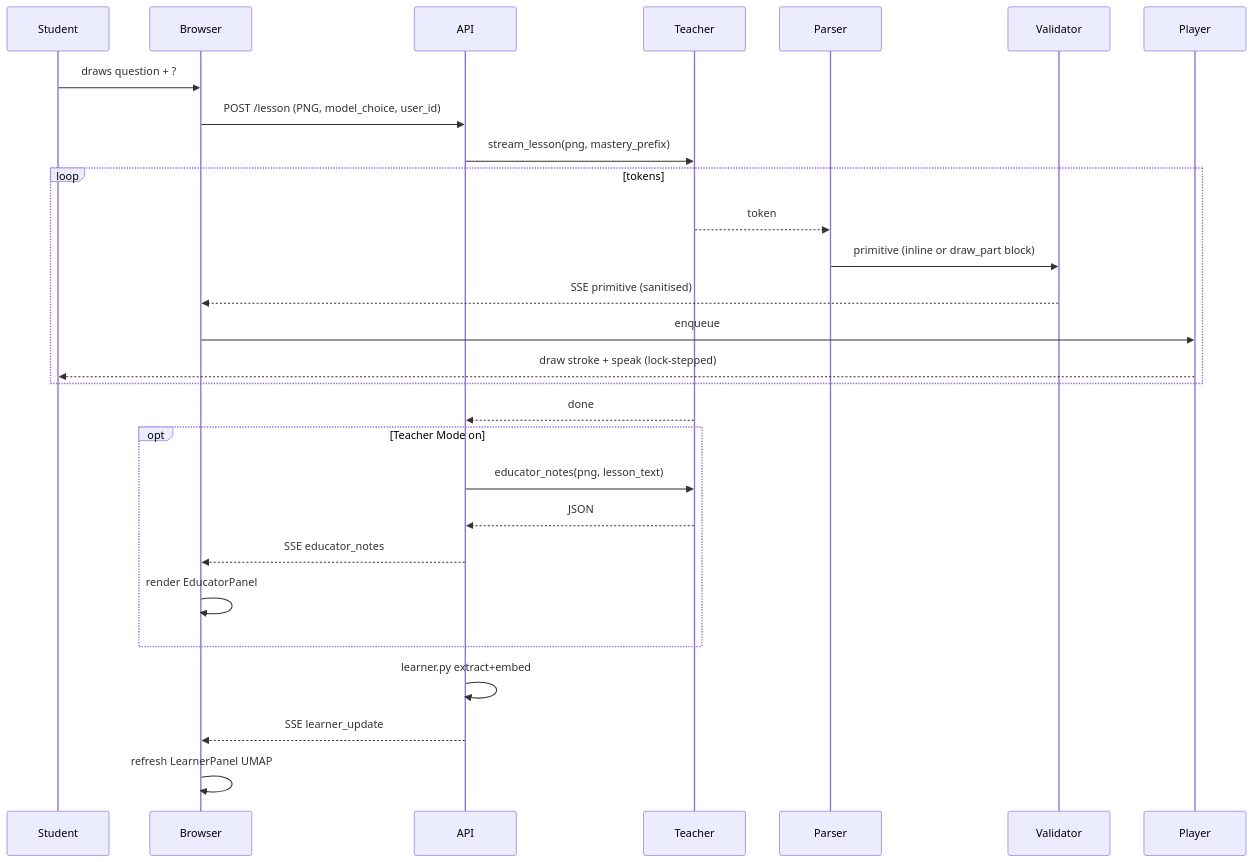
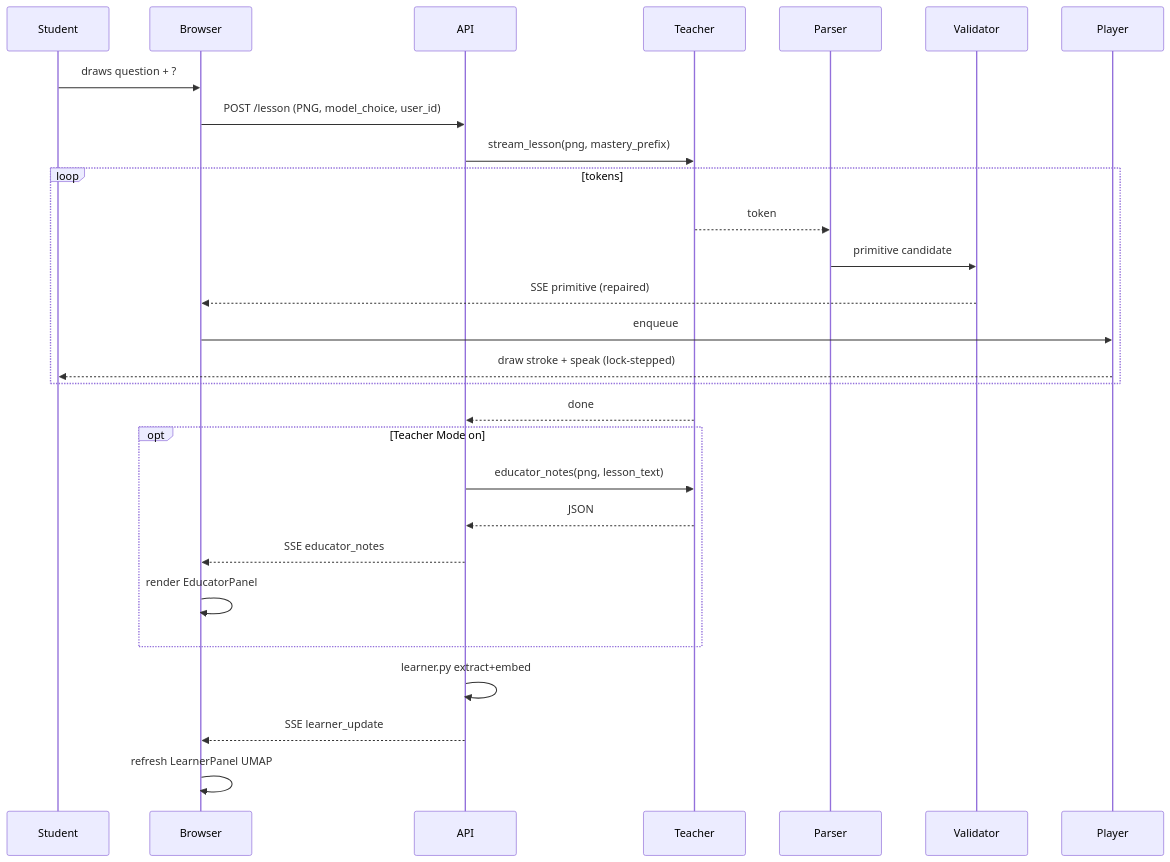
Before and after one commit to Abhijithreddydasari/Y: the second of 2 diagrams in docs/architecture.md, drawn with Mermaid. The commit also changed other lines of this file and 22 other files, not shown here.

````diff
--- a/docs/architecture.md
+++ b/docs/architecture.md
@@ -48,31 +48,31 @@
 ```mermaid
 sequenceDiagram
     participant Student
     participant Browser
     participant API
     participant Teacher
     participant Parser
     participant Validator
     participant Player
 
     Student->>Browser: draws question + ?
     Browser->>API: POST /lesson (PNG, model_choice, user_id)
     API->>Teacher: stream_lesson(png, mastery_prefix)
     loop tokens
         Teacher-->>Parser: token
-        Parser->>Validator: primitive (inline or draw_part block)
-        Validator-->>Browser: SSE primitive (sanitised)
+        Parser->>Validator: primitive candidate
+        Validator-->>Browser: SSE primitive (repaired)
         Browser->>Player: enqueue
         Player-->>Student: draw stroke + speak (lock-stepped)
     end
     Teacher-->>API: done
     opt Teacher Mode on
         API->>Teacher: educator_notes(png, lesson_text)
         Teacher-->>API: JSON
         API-->>Browser: SSE educator_notes
         Browser->>Browser: render EducatorPanel
     end
     API->>API: learner.py extract+embed
     API-->>Browser: SSE learner_update
     Browser->>Browser: refresh LearnerPanel UMAP
 ```
````
